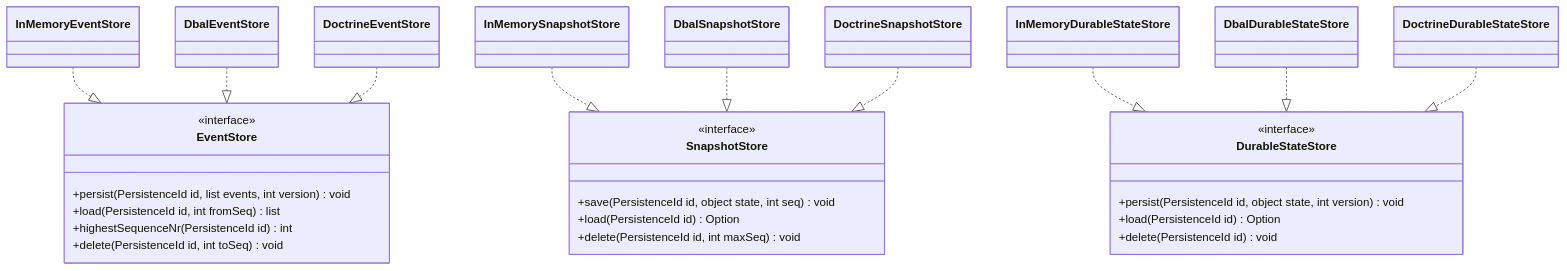
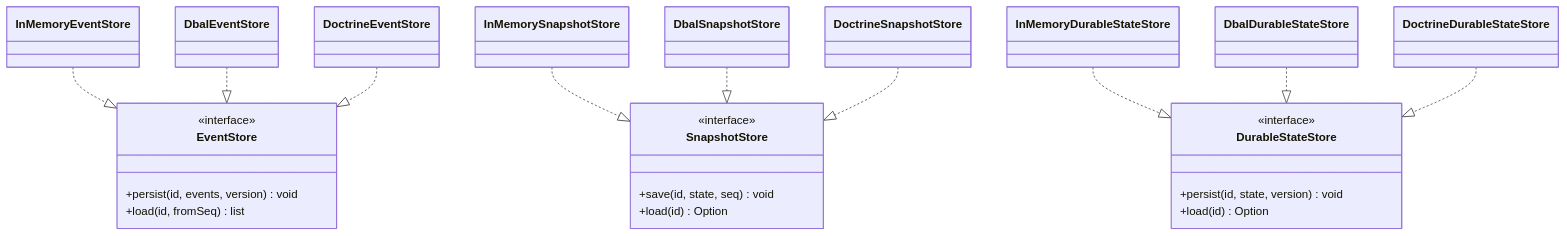
One commit to nexus-actors/nexus changed the third of 3 diagrams in website/docs/core-concepts/persistence.md. Above: the diagram before and after it, drawn with Mermaid. The commit also changed other lines of this file and 19 other files, not shown here.

First line of the commit message:
refactor: simplify diagrams, remove benchmark viz, use Swoole 6.2.0-rc1

````diff
--- a/website/docs/core-concepts/persistence.md
+++ b/website/docs/core-concepts/persistence.md
@@ -295,36 +285,32 @@
 ```mermaid
 classDiagram
     class EventStore {
         <<interface>>
-        +persist(PersistenceId id, list events, int version) void
-        +load(PersistenceId id, int fromSeq) list
-        +highestSequenceNr(PersistenceId id) int
-        +delete(PersistenceId id, int toSeq) void
+        +persist(id, events, version) void
+        +load(id, fromSeq) list
     }
 
     class SnapshotStore {
         <<interface>>
-        +save(PersistenceId id, object state, int seq) void
-        +load(PersistenceId id) Option
-        +delete(PersistenceId id, int maxSeq) void
+        +save(id, state, seq) void
+        +load(id) Option
     }
 
     class DurableStateStore {
         <<interface>>
-        +persist(PersistenceId id, object state, int version) void
-        +load(PersistenceId id) Option
-        +delete(PersistenceId id) void
+        +persist(id, state, version) void
+        +load(id) Option
     }
 
     InMemoryEventStore ..|> EventStore
     DbalEventStore ..|> EventStore
     DoctrineEventStore ..|> EventStore
 
     InMemorySnapshotStore ..|> SnapshotStore
     DbalSnapshotStore ..|> SnapshotStore
     DoctrineSnapshotStore ..|> SnapshotStore
 
     InMemoryDurableStateStore ..|> DurableStateStore
     DbalDurableStateStore ..|> DurableStateStore
     DoctrineDurableStateStore ..|> DurableStateStore
 ```
````
